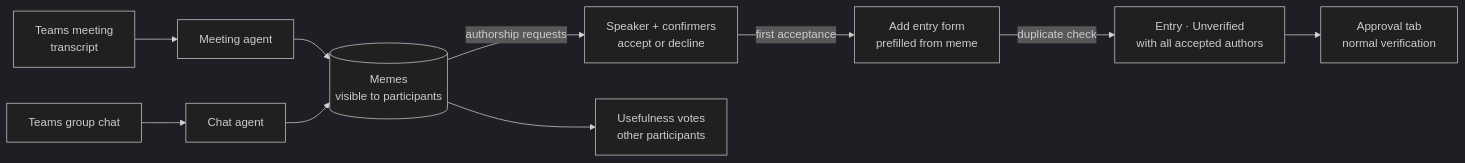
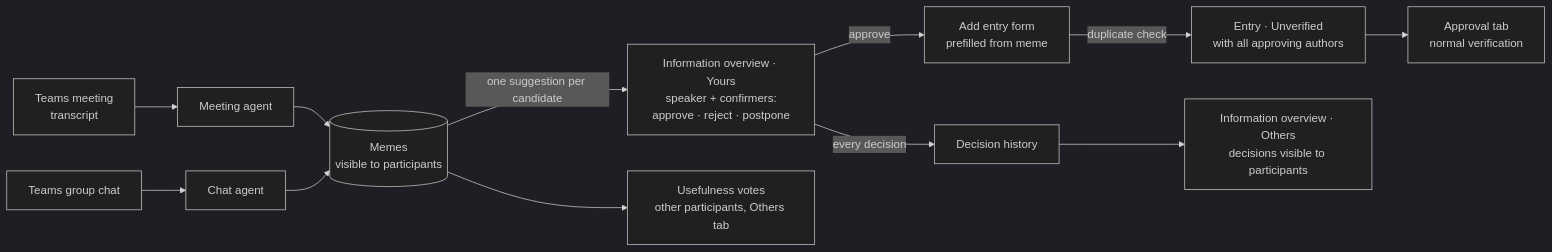
One commit to EgorKorsunskiy/-sdworx--trusted-knowledge-base changed the first of 4 diagrams in specs/ai-parser/FUNCTIONAL_SPEC.md. Above: the diagram before and after it, drawn with Mermaid (dark theme). The commit also changed other lines of this file and 26 other files, not shown here.

````diff
--- a/specs/ai-parser/FUNCTIONAL_SPEC.md
+++ b/specs/ai-parser/FUNCTIONAL_SPEC.md
@@ -79,11 +87,13 @@
 ```mermaid
 flowchart LR
     T[Teams meeting<br/>transcript] --> MA[Meeting agent]
     C[Teams group chat] --> CA[Chat agent]
     MA & CA --> M[(Memes<br/>visible to participants)]
-    M -->|authorship requests| R[Speaker + confirmers<br/>accept or decline]
-    R -->|first acceptance| F[Add entry form<br/>prefilled from meme]
-    F -->|duplicate check| E[Entry · Unverified<br/>with all accepted authors]
+    M -->|one suggestion per candidate| R[Information overview · Yours<br/>speaker + confirmers:<br/>approve · reject · postpone]
+    R -->|approve| F[Add entry form<br/>prefilled from meme]
+    F -->|duplicate check| E[Entry · Unverified<br/>with all approving authors]
     E --> V[Approval tab<br/>normal verification]
-    M --> U[Usefulness votes<br/>other participants]
+    R -->|every decision| H[Decision history]
+    H --> O[Information overview · Others<br/>decisions visible to participants]
+    M --> U[Usefulness votes<br/>other participants, Others tab]
 ```
````
